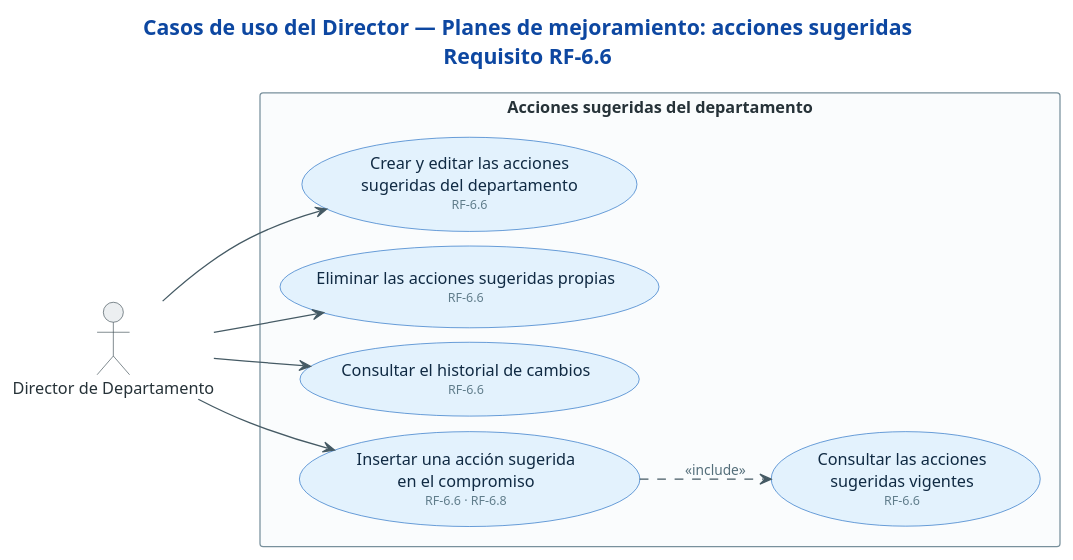
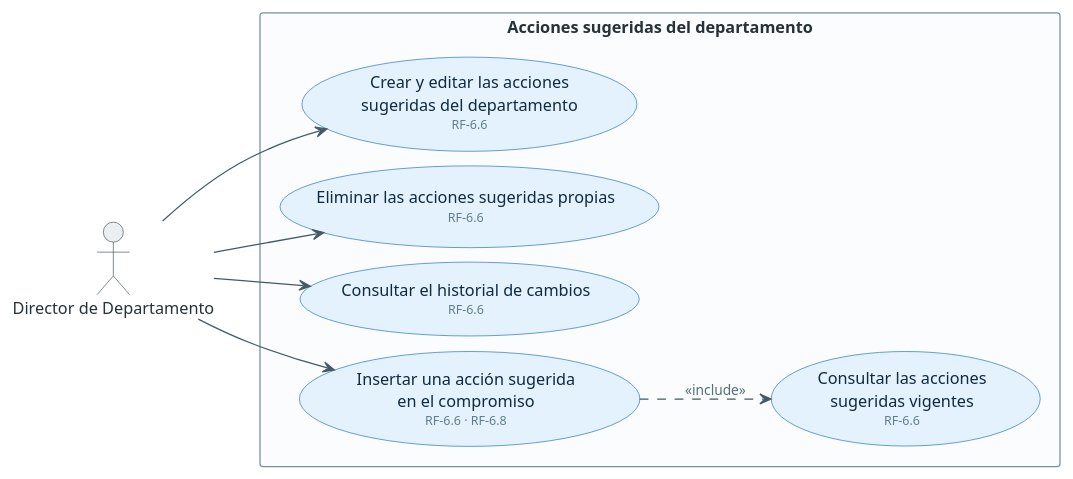
One commit to sistema-evaluacion-docente/api.evd changed the diagram in docs/casos-de-uso/13-director-planes-acciones-sugeridas.puml. Above: the diagram before and after it, drawn with PlantUML. The commit also changed 44 other files, not shown here.

First line of the commit message:
feat: add script to render use case diagrams to PDF

```diff
--- a/docs/casos-de-uso/13-director-planes-acciones-sugeridas.puml
+++ b/docs/casos-de-uso/13-director-planes-acciones-sugeridas.puml
@@ -1,55 +1,53 @@
 @startuml cu-13-director-planes-acciones-sugeridas
 ' =============================================================================
 ' Sistema de Evaluación Docente (SET) — UFPS
 ' Fuente: Tabla 36 (actores) y Tabla 37 (requisitos funcionales) del documento de
 '         tesis, con la implementación de DistilUmbert-back y DistilUmbert-front.
 ' =============================================================================
-title Casos de uso del Director — Planes de mejoramiento: acciones sugeridas\nRequisito RF-6.6
-
 left to right direction
 
 skinparam backgroundColor #FFFFFF
 skinparam shadowing false
 skinparam defaultFontSize 13
 skinparam TitleFontSize 17
 skinparam TitleFontColor #0D47A1
 skinparam ArrowColor #455A64
 skinparam ArrowFontColor #546E7A
 skinparam ArrowFontSize 11
 skinparam nodesep 12
 skinparam ranksep 40
 skinparam actor {
   BackgroundColor #ECEFF1
   BorderColor #37474F
   FontColor #263238
 }
 skinparam usecase {
   BackgroundColor #E3F2FD
   BorderColor #1565C0
   FontColor #102A43
 }
 skinparam rectangle {
   BackgroundColor #FAFCFD
   BorderColor #78909C
   FontColor #263238
   FontStyle bold
 }
 
 actor "Director de Departamento" as DIR
 
 rectangle "Acciones sugeridas del departamento" {
   usecase "Consultar las acciones\nsugeridas vigentes\n<size:10><color:#607D8B>RF-6.6</color></size>" as D57
   usecase "Crear y editar las acciones\nsugeridas del departamento\n<size:10><color:#607D8B>RF-6.6</color></size>" as D58
   usecase "Eliminar las acciones sugeridas propias\n<size:10><color:#607D8B>RF-6.6</color></size>" as D59
   usecase "Consultar el historial de cambios\n<size:10><color:#607D8B>RF-6.6</color></size>" as D60
   usecase "Insertar una acción sugerida\nen el compromiso\n<size:10><color:#607D8B>RF-6.6 · RF-6.8</color></size>" as D62
 }
 
 DIR --> D58
 DIR --> D59
 DIR --> D60
 DIR --> D62
 
 D62 ..> D57 : <<include>>
 
 @enduml
```
